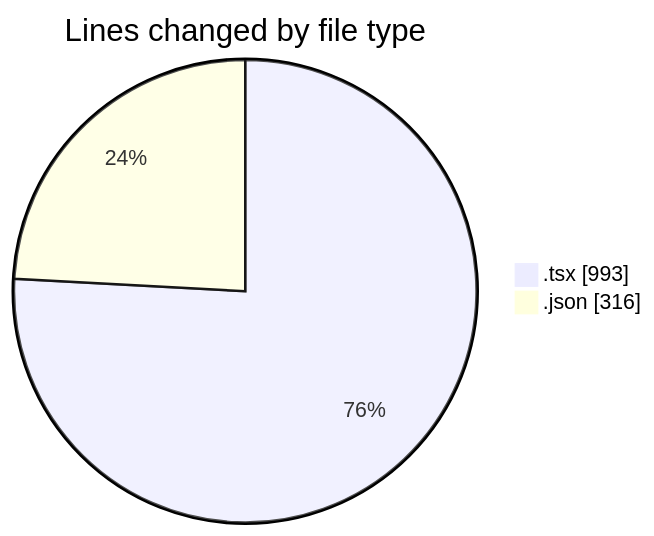
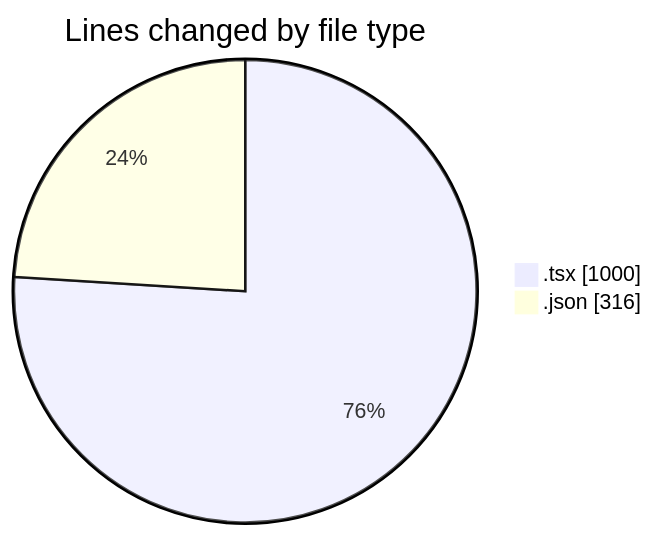
One commit to EIIisD/code-tracking changed the first of 2 diagrams in 2025-08-13/ribbon/README.md. Above: the diagram before and after it, drawn with Mermaid. The commit also changed other lines of this file and 1 other file, not shown here.

````diff
--- a/2025-08-13/ribbon/README.md
+++ b/2025-08-13/ribbon/README.md
@@ -26,6 +26,6 @@
 ```mermaid
 pie showData
 title Lines changed by file type
-".tsx" : 993
+".tsx" : 1000
 ".json" : 316
 ```
````
